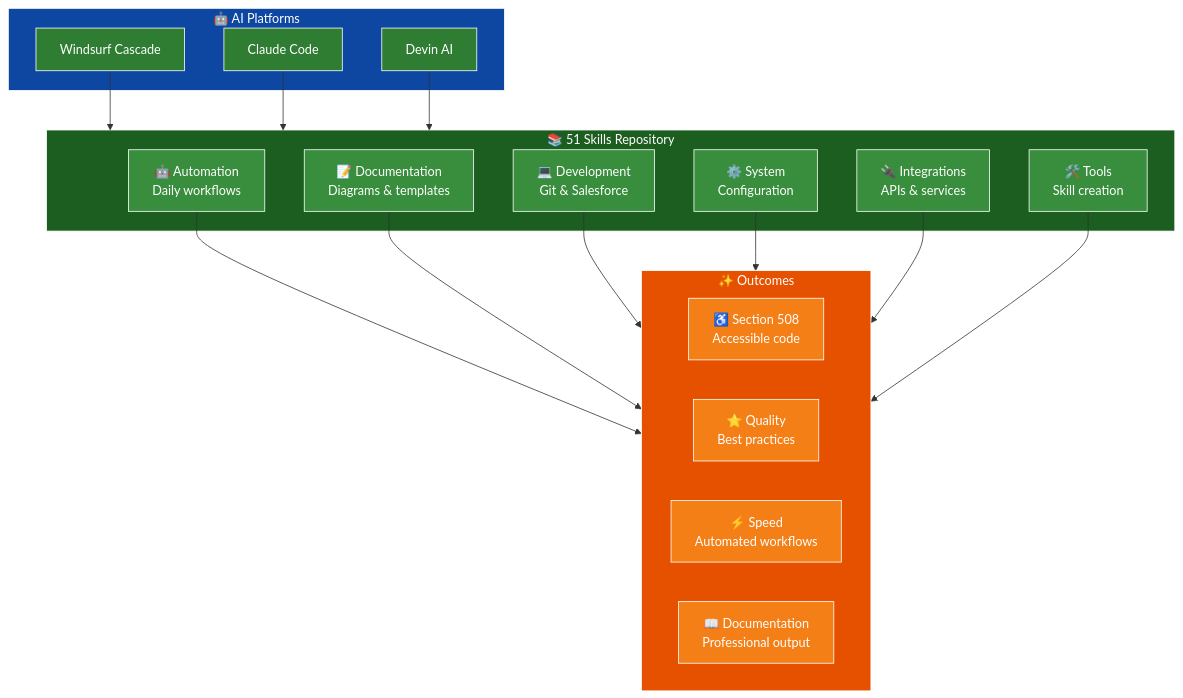
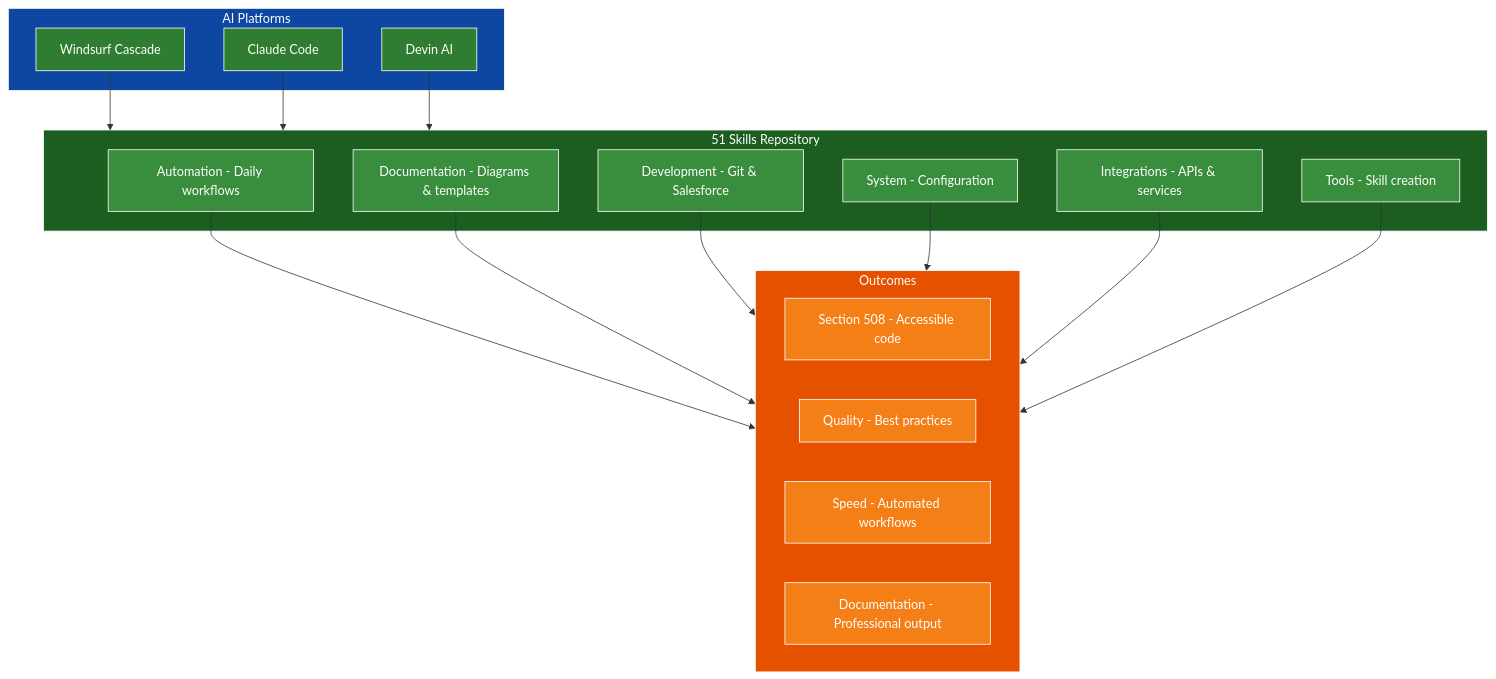
Before and after one commit to adourish/skills: the first of 10 diagrams in README.md, drawn with Mermaid. The commit also changed other lines of this file and 30 other files, not shown here.

Commit message:
Fix Mermaid diagram syntax: Update graph to flowchart, remove emojis/HTML breaks, add VS Code extension setup

````diff
--- a/README.md
+++ b/README.md
@@ -19,55 +159,55 @@
 ```mermaid
-graph TB
-    subgraph Platforms["🤖 AI Platforms"]
+flowchart TB
+    subgraph Platforms["AI Platforms"]
         W[Windsurf Cascade]
         C[Claude Code]
         D[Devin AI]
     end
     
-    subgraph Skills["📚 51 Skills Repository"]
-        AUTO[🤖 Automation<br/>Daily workflows]
-        DOC[📝 Documentation<br/>Diagrams & templates]
-        DEV[💻 Development<br/>Git & Salesforce]
-        SYS[⚙️ System<br/>Configuration]
-        INT[🔌 Integrations<br/>APIs & services]
-        TOOL[🛠️ Tools<br/>Skill creation]
+    subgraph Skills["51 Skills Repository"]
+        AUTO[Automation - Daily workflows]
+        DOC[Documentation - Diagrams & templates]
+        DEV[Development - Git & Salesforce]
+        SYS[System - Configuration]
+        INT[Integrations - APIs & services]
+        TOOL[Tools - Skill creation]
     end
     
-    subgraph Outcomes["✨ Outcomes"]
-        A11Y[♿ Section 508<br/>Accessible code]
-        QUAL[⭐ Quality<br/>Best practices]
-        SPEED[⚡ Speed<br/>Automated workflows]
-        DOCS[📖 Documentation<br/>Professional output]
+    subgraph Outcomes["Outcomes"]
+        A11Y[Section 508 - Accessible code]
+        QUAL[Quality - Best practices]
+        SPEED[Speed - Automated workflows]
+        DOCS[Documentation - Professional output]
     end
     
     W --> Skills
     C --> Skills
     D --> Skills
     
     AUTO --> Outcomes
     DOC --> Outcomes
     DEV --> Outcomes
     SYS --> Outcomes
     INT --> Outcomes
     TOOL --> Outcomes
     
     style Platforms fill:#0d47a1,stroke:#ffffff,color:#ffffff
     style Skills fill:#1b5e20,stroke:#ffffff,color:#ffffff
     style Outcomes fill:#e65100,stroke:#ffffff,color:#ffffff
     
     style W fill:#2e7d32,stroke:#ffffff,color:#ffffff
     style C fill:#2e7d32,stroke:#ffffff,color:#ffffff
     style D fill:#2e7d32,stroke:#ffffff,color:#ffffff
     
     style AUTO fill:#388e3c,stroke:#ffffff,color:#ffffff
     style DOC fill:#388e3c,stroke:#ffffff,color:#ffffff
     style DEV fill:#388e3c,stroke:#ffffff,color:#ffffff
     style SYS fill:#388e3c,stroke:#ffffff,color:#ffffff
     style INT fill:#388e3c,stroke:#ffffff,color:#ffffff
     style TOOL fill:#388e3c,stroke:#ffffff,color:#ffffff
     
     style A11Y fill:#f57f17,stroke:#ffffff,color:#ffffff
     style QUAL fill:#f57f17,stroke:#ffffff,color:#ffffff
     style SPEED fill:#f57f17,stroke:#ffffff,color:#ffffff
     style DOCS fill:#f57f17,stroke:#ffffff,color:#ffffff
 ```
````
